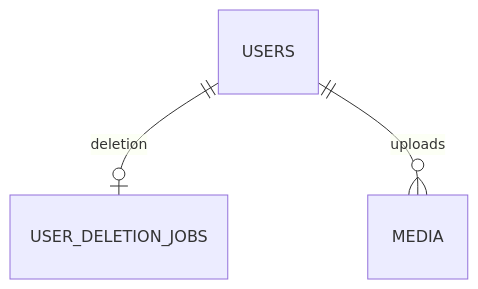
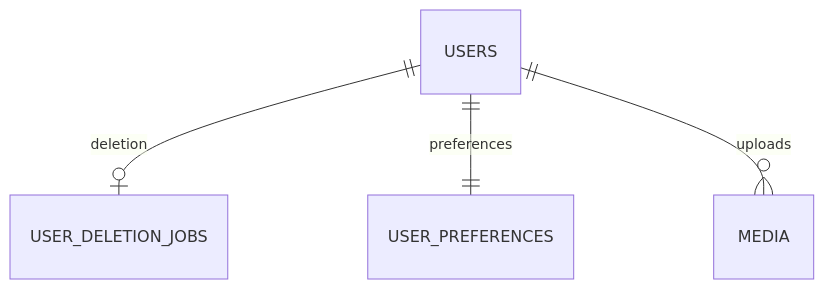
Before and after one commit to hazuki3417/memoria-design: the first of 2 diagrams in content/user/physical-data-model.mdx, drawn with Mermaid. The commit also changed other lines of this file, not shown here.

Commit message:
design: define persisted user preferences model

````diff
--- a/content/user/physical-data-model.mdx
+++ b/content/user/physical-data-model.mdx
@@ -19,5 +19,6 @@
 ```mermaid
 erDiagram
   USERS ||--o| USER_DELETION_JOBS : deletion
+  USERS ||--|| USER_PREFERENCES : preferences
   USERS ||--o{ MEDIA : uploads
 ```
````
